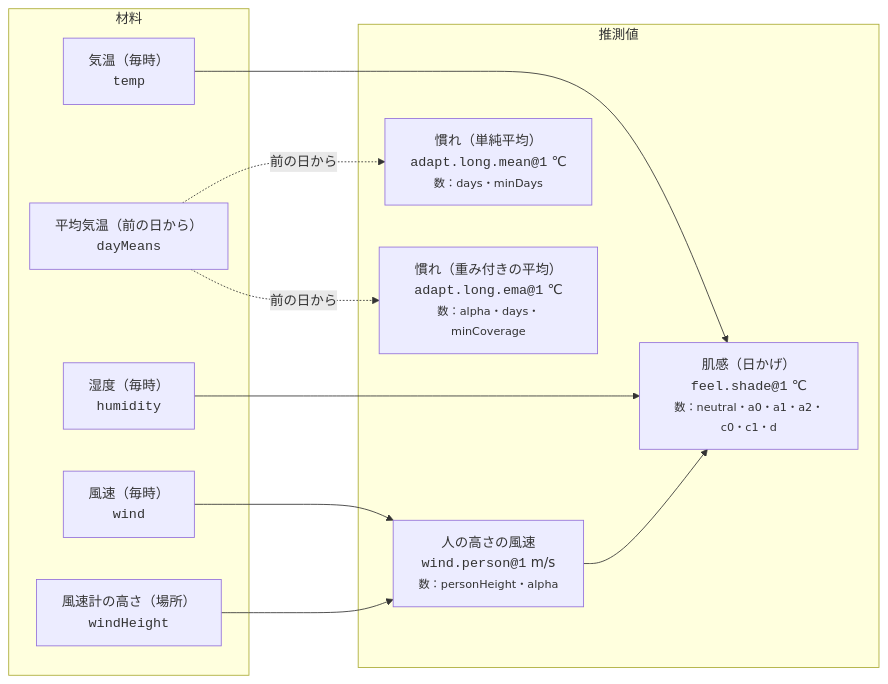
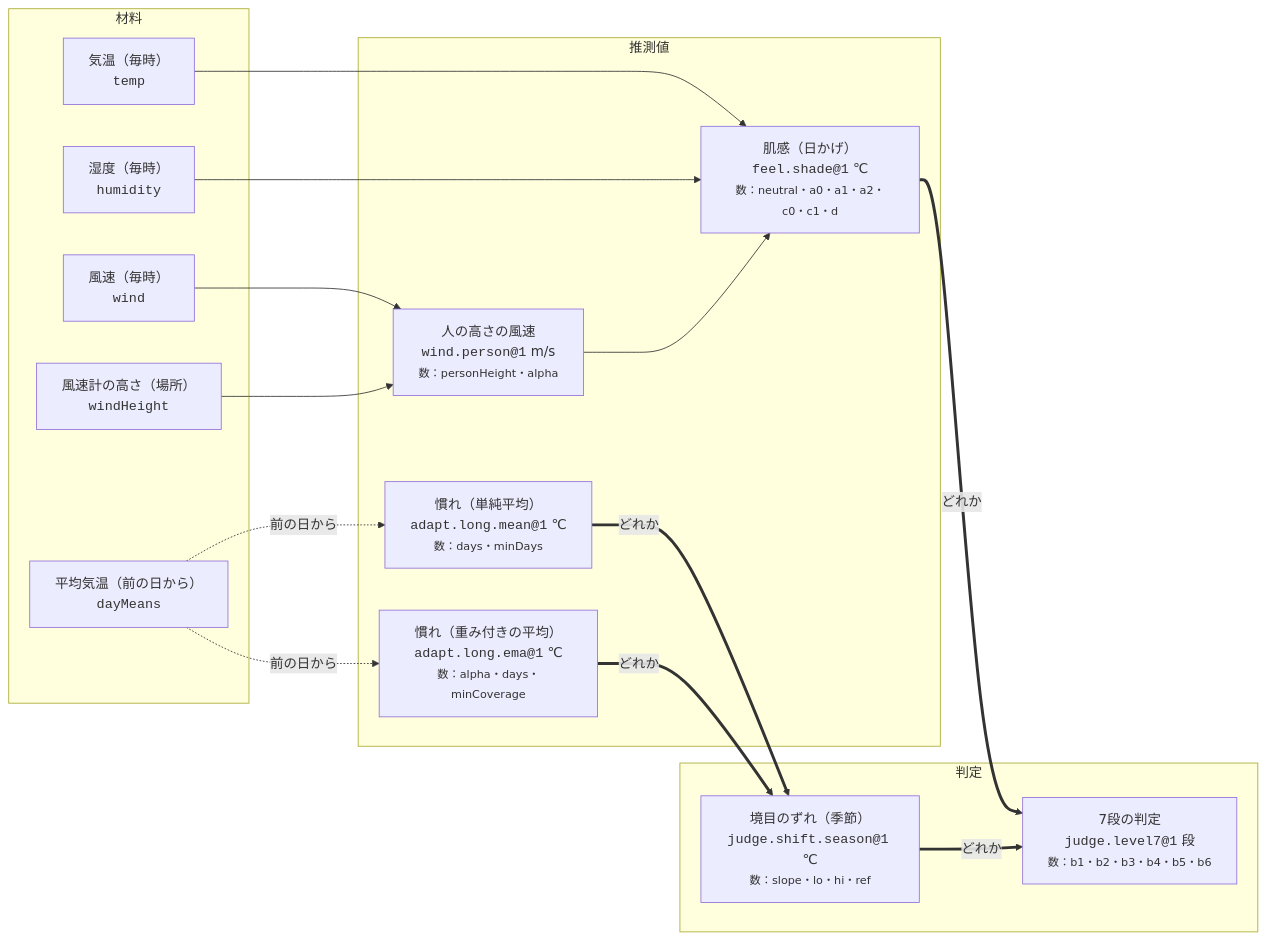
One commit to Watanabe-Masao/weather-note-cf changed the diagram in docs/core-map.md. Above: the diagram before and after it, drawn with Mermaid. The commit also changed 11 other files, not shown here.

````diff
--- a/docs/core-map.md
+++ b/docs/core-map.md
@@ -5,23 +5,31 @@
 ```mermaid
 flowchart LR
   subgraph 材料
     temp["気温（毎時）<br><code>temp</code>"]
     humidity["湿度（毎時）<br><code>humidity</code>"]
     wind["風速（毎時）<br><code>wind</code>"]
     windHeight["風速計の高さ（場所）<br><code>windHeight</code>"]
     dayMeans["平均気温（前の日から）<br><code>dayMeans</code>"]
   end
   subgraph 推測値
     windPerson["人の高さの風速<br><code>wind.person@1</code> m/s<br><small>数：personHeight・alpha</small>"]
     feelShade["肌感（日かげ）<br><code>feel.shade@1</code> ℃<br><small>数：neutral・a0・a1・a2・c0・c1・d</small>"]
     adaptMean["慣れ（単純平均）<br><code>adapt.long.mean@1</code> ℃<br><small>数：days・minDays</small>"]
     adaptEma["慣れ（重み付きの平均）<br><code>adapt.long.ema@1</code> ℃<br><small>数：alpha・days・minCoverage</small>"]
   end
+  subgraph 判定
+    seasonShift["境目のずれ（季節）<br><code>judge.shift.season@1</code> ℃<br><small>数：slope・lo・hi・ref</small>"]
+    level7["7段の判定<br><code>judge.level7@1</code> 段<br><small>数：b1・b2・b3・b4・b5・b6</small>"]
+  end
   wind --> windPerson
   windHeight --> windPerson
   temp --> feelShade
   humidity --> feelShade
   windPerson --> feelShade
   dayMeans -. 前の日から .-> adaptMean
   dayMeans -. 前の日から .-> adaptEma
+  adaptMean == どれか ==> seasonShift
+  adaptEma == どれか ==> seasonShift
+  feelShade == どれか ==> level7
+  seasonShift == どれか ==> level7
 ```
````
